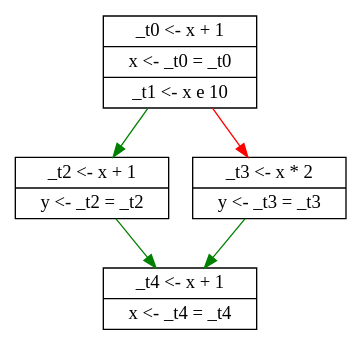
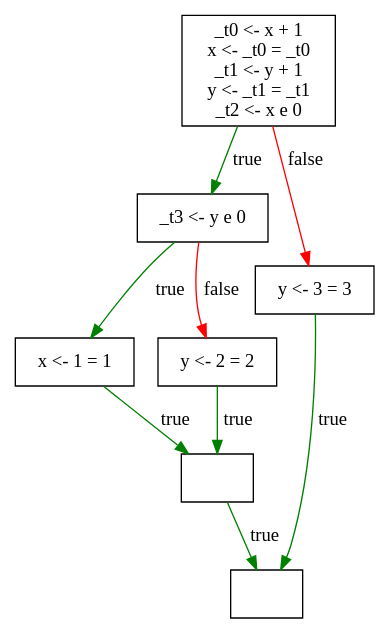
One commit to Keifa/Compiler changed the diagram in Task4/tree.dot. Above: the diagram before and after it, drawn with Graphviz. The commit also changed 4 other files, not shown here.

```diff
--- a/Task4/tree.dot
+++ b/Task4/tree.dot
@@ -1,12 +1,20 @@
 digraph structs {
-	node [shape=record];
-	blk0 [label="{<f0> _t0 \<\- x + 1|<f1> x \<\- _t0 = _t0|<f2> _t1 \<\- x e 10}"];
-	blk2 [label="{<f0> _t2 \<\- x + 1|<f1> y \<\- _t2 = _t2}"];
-	blk1 [label="{<f0> _t4 \<\- x + 1|<f1> x \<\- _t4 = _t4}"];
-	blk3 [label="{<f0> _t3 \<\- x * 2|<f1> y \<\- _t3 = _t3}"];
-	blk1 [label="{<f0> _t4 \<\- x + 1|<f1> x \<\- _t4 = _t4}"];
-	blk0 -> blk2 [color="green"];
-	blk2 -> blk1 [color="green"];
-	blk0 -> blk3 [color="red"];
-	blk3 -> blk1 [color="green"];
+blk0 [label="_t0 \<\- x + 1\nx \<\- _t0 = _t0\n_t1 \<\- y + 1\ny \<\- _t1 = _t1\n_t2 \<\- x e 0\n",shape="rect"];
+blk2 [label="_t3 \<\- y e 0\n",shape="rect"];
+blk4 [label="x \<\- 1 = 1\n",shape="rect"];
+blk3 [label="",shape="rect"];
+blk1 [label="",shape="rect"];
+blk5 [label="y \<\- 2 = 2\n",shape="rect"];
+blk3 [label="",shape="rect"];
+blk1 [label="",shape="rect"];
+blk6 [label="y \<\- 3 = 3\n",shape="rect"];
+blk1 [label="",shape="rect"];
+blk0 -> blk2 [label="true",color="green"];
+blk2 -> blk4 [label="true",color="green"];
+blk4 -> blk3 [label="true",color="green"];
+blk3 -> blk1 [label="true",color="green"];
+blk2 -> blk5 [label="false",color="red"];
+blk5 -> blk3 [label="true",color="green"];
+blk0 -> blk6 [label="false",color="red"];
+blk6 -> blk1 [label="true",color="green"];
 }
```
